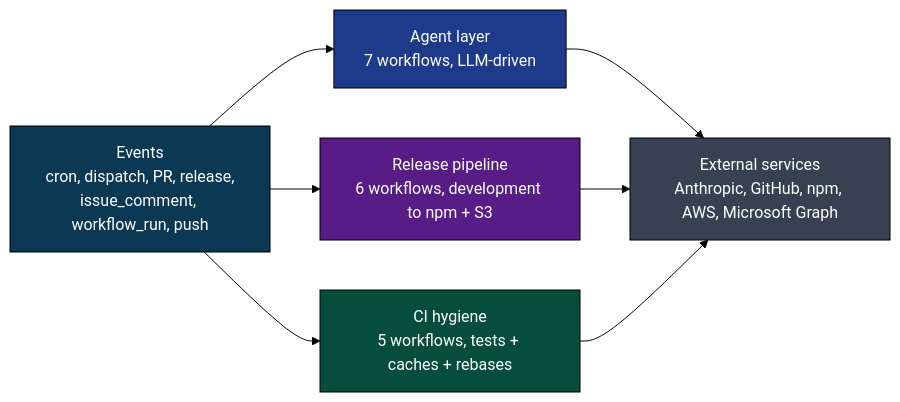
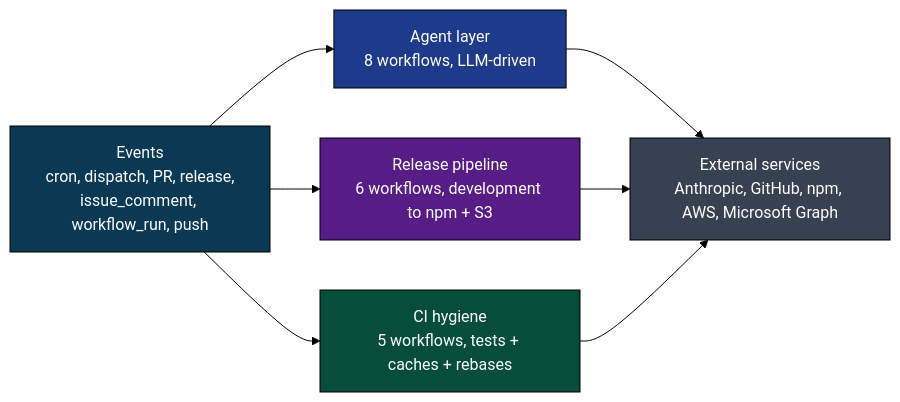
Before and after one commit to gregreindel/llm-exe: the first of 16 diagrams in .github/docs/WORKFLOW_ARCHITECTURE.md, drawn with Mermaid (forest theme). The commit also changed other lines of this file and 5 other files, not shown here.

````diff
--- a/.github/docs/WORKFLOW_ARCHITECTURE.md
+++ b/.github/docs/WORKFLOW_ARCHITECTURE.md
@@ -47,21 +47,21 @@
 ```mermaid
 flowchart LR
     classDef trig fill:#0b3954,color:#fff,stroke:#000
     classDef agent fill:#1e3a8a,color:#fff,stroke:#000
     classDef rel fill:#581c87,color:#fff,stroke:#000
     classDef hyg fill:#064e3b,color:#fff,stroke:#000
     classDef ext fill:#374151,color:#fff,stroke:#000
 
     T["Events<br/>cron, dispatch, PR, release,<br/>issue_comment, workflow_run, push"]:::trig
-    A["Agent layer<br/>7 workflows, LLM-driven"]:::agent
+    A["Agent layer<br/>8 workflows, LLM-driven"]:::agent
     R["Release pipeline<br/>6 workflows, development to npm + S3"]:::rel
     H["CI hygiene<br/>5 workflows, tests + caches + rebases"]:::hyg
     X["External services<br/>Anthropic, GitHub, npm, AWS, Microsoft Graph"]:::ext
 
     T --> A
     T --> R
     T --> H
     A --> X
     R --> X
     H --> X
 ```
````
